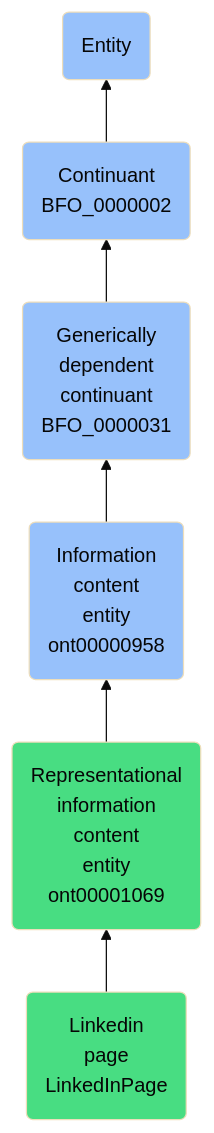
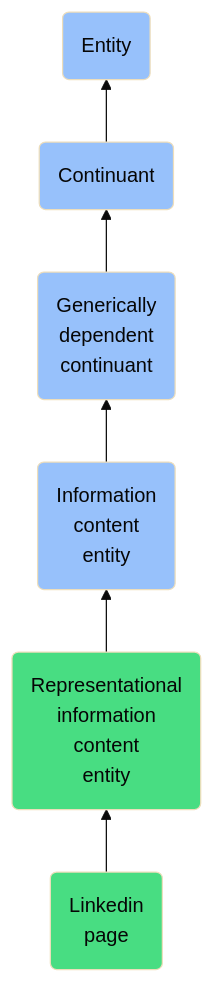
One commit to jupyter-naas/abi changed the diagram in docs/ontology/reference/model/Entity/Continuant/Generically dependent continuant/Information content entity/Representational information content entity/Linkedin page/Linkedin page.md. Above: the diagram before and after it, drawn with Mermaid (base theme). The commit also changed other lines of this file and 1430 other files, not shown here.

````diff
--- a/docs/ontology/reference/model/Entity/Continuant/Generically dependent continuant/Information content entity/Representational information content entity/Linkedin page/Linkedin page.md
+++ b/docs/ontology/reference/model/Entity/Continuant/Generically dependent continuant/Information content entity/Representational information content entity/Linkedin page/Linkedin page.md
@@ -24,13 +24,13 @@
 ```mermaid
 graph BT
-    LinkedInPage(Linkedin<br>page<br>LinkedInPage):::ABI-->ont00001069
-    ont00001069(Representational<br>information<br>content<br>entity<br>ont00001069):::ABI-->ont00000958
-    ont00000958(Information<br>content<br>entity<br>ont00000958):::BFO-->BFO_0000031
-    BFO_0000031(Generically<br>dependent<br>continuant<br>BFO_0000031):::BFO-->BFO_0000002
-    BFO_0000002(Continuant<br>BFO_0000002):::BFO-->BFO_0000001
+    LinkedInPage(Linkedin<br>page):::ABI-->ont00001069
+    ont00001069(Representational<br>information<br>content<br>entity):::ABI-->ont00000958
+    ont00000958(Information<br>content<br>entity):::BFO-->BFO_0000031
+    BFO_0000031(Generically<br>dependent<br>continuant):::BFO-->BFO_0000002
+    BFO_0000002(Continuant):::BFO-->BFO_0000001
     BFO_0000001(Entity):::BFO
     
     classDef BFO fill:#97c1fb,color:#060606
     classDef CCO fill:#e4c51e,color:#060606
     classDef ABI fill:#48DD82,color:#060606
 ```
````
